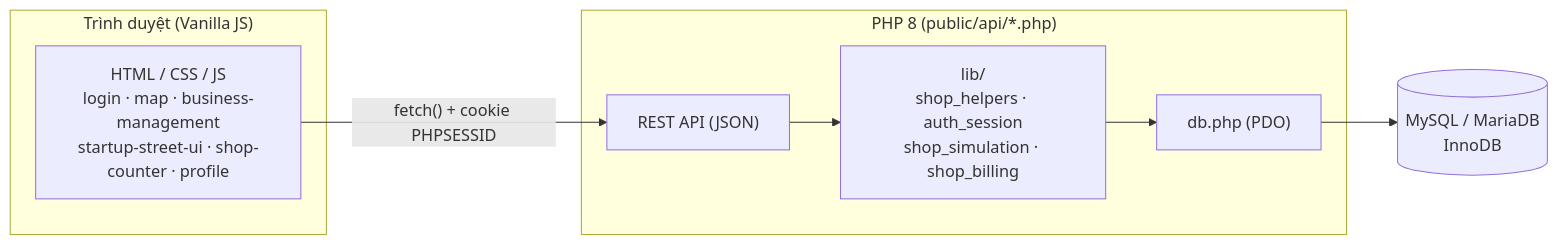
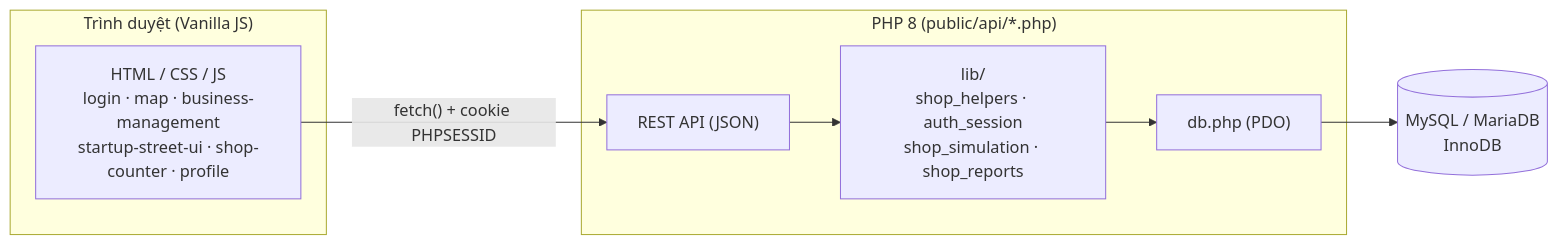
The first of 3 diagrams in README.md (nhuquynh125/start-up-street), drawn with Mermaid before and after one commit. The commit also changed other lines of this file, not shown here.

````diff
--- a/README.md
+++ b/README.md
@@ -49,17 +49,17 @@
 ```mermaid
 flowchart LR
     subgraph Browser["Trình duyệt (Vanilla JS)"]
         UI["HTML / CSS / JS<br/>login · map · business-management<br/>startup-street-ui · shop-counter · profile"]
     end
 
     subgraph Server["PHP 8 (public/api/*.php)"]
         API["REST API (JSON)"]
-        LIB["lib/<br/>shop_helpers · auth_session<br/>shop_simulation · shop_billing"]
+        LIB["lib/<br/>shop_helpers · auth_session<br/>shop_simulation · shop_reports"]
         DBP["db.php (PDO)"]
     end
 
     DB[("MySQL / MariaDB<br/>InnoDB")]
 
     UI -- "fetch() + cookie PHPSESSID" --> API
     API --> LIB --> DBP --> DB
 ```
````
